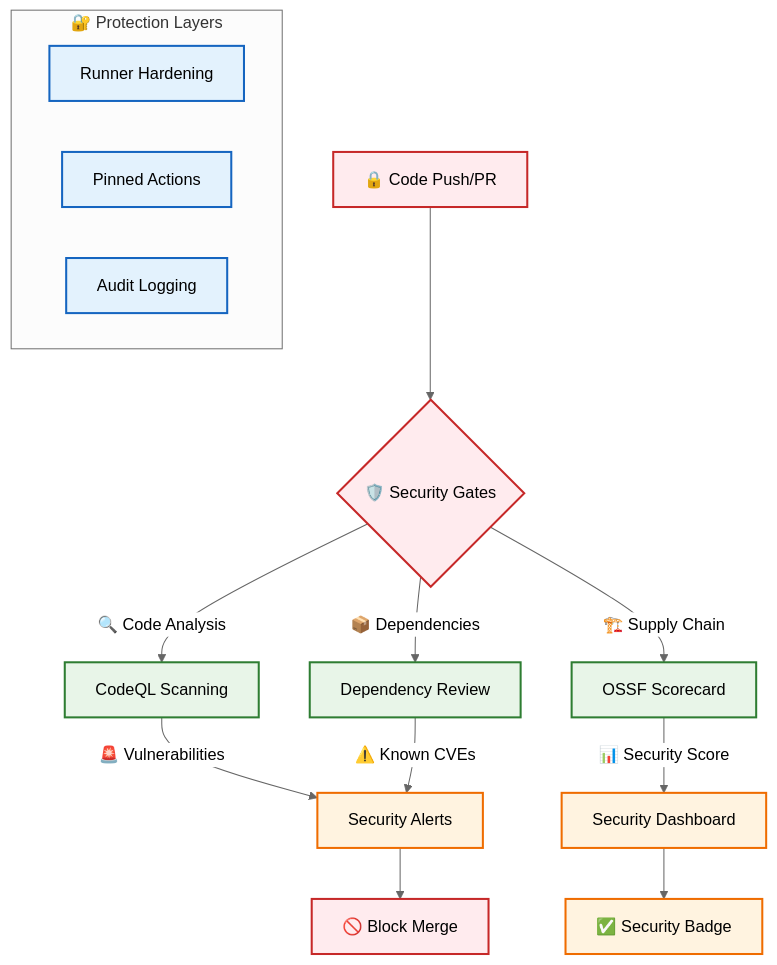
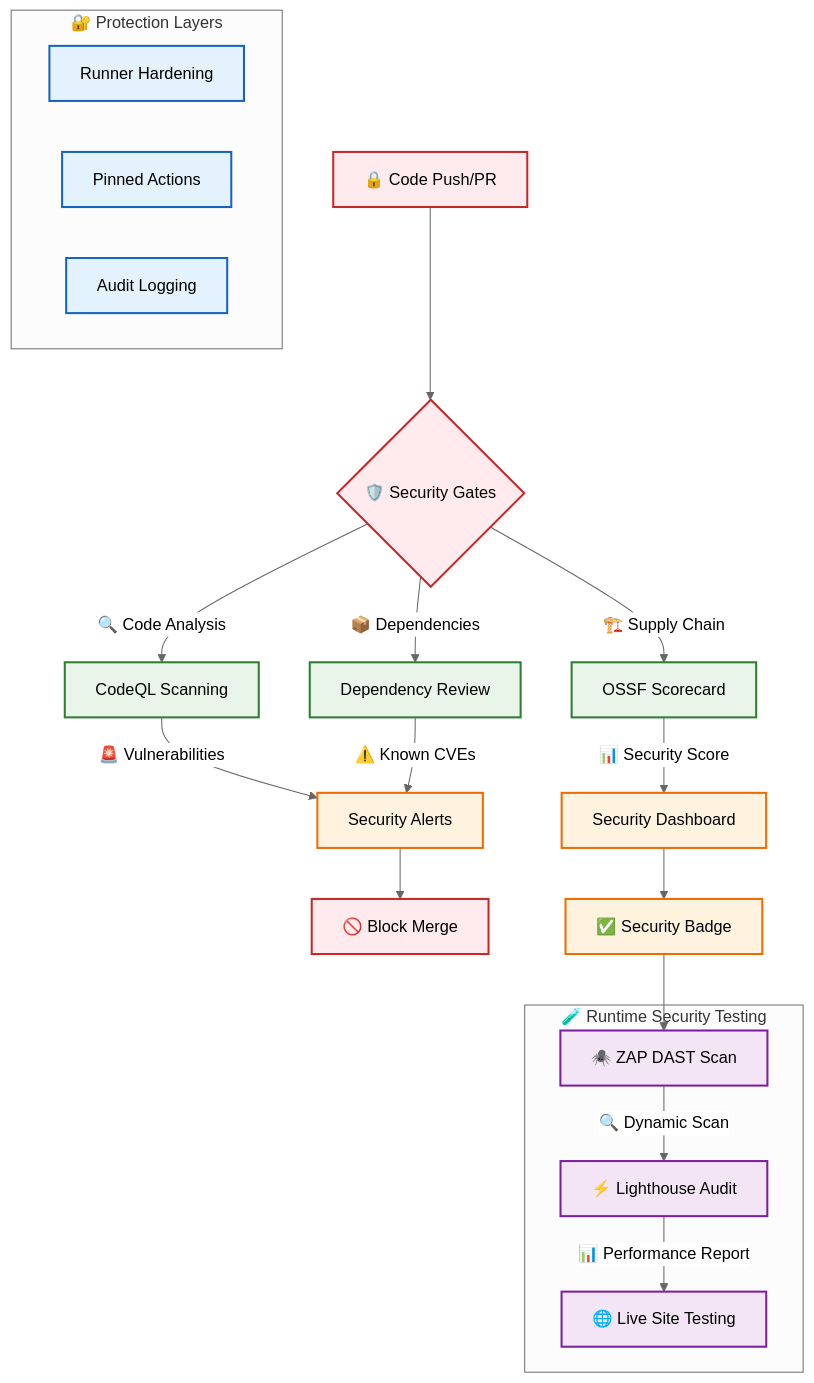
One commit to Hack23/game changed the second of 7 diagrams in README.md. Above: the diagram before and after it, drawn with Mermaid (neutral theme). The commit also changed other lines of this file and 3 other files, not shown here.

Commit message:
feat: add ZAP security scanning and Lighthouse performance testing workflows

````diff
--- a/README.md
+++ b/README.md
@@ -93,32 +95,44 @@
 ```mermaid
 graph TD
     A[🔒 Code Push/PR] --> B{🛡️ Security Gates}
 
     B --> |🔍 Code Analysis| C[CodeQL Scanning]
     B --> |📦 Dependencies| D[Dependency Review]
     B --> |🏗️ Supply Chain| E[OSSF Scorecard]
 
     C --> |🚨 Vulnerabilities| F[Security Alerts]
     D --> |⚠️ Known CVEs| F
     E --> |📊 Security Score| G[Security Dashboard]
 
     F --> H[🚫 Block Merge]
     G --> I[✅ Security Badge]
 
     subgraph "🔐 Protection Layers"
         J[Runner Hardening]
         K[Pinned Actions]
         L[Audit Logging]
     end
 
+    subgraph "🧪 Runtime Security Testing"
+        M[🕷️ ZAP DAST Scan]
+        N[⚡ Lighthouse Audit]
+        O[🌐 Live Site Testing]
+    end
+
+    I --> M
+    M --> |🔍 Dynamic Scan| N
+    N --> |📊 Performance Report| O
+
     %% Styling
     classDef security fill:#ffebee,stroke:#c62828,stroke-width:2px,color:#000
     classDef analysis fill:#e8f5e8,stroke:#2e7d32,stroke-width:2px,color:#000
     classDef protection fill:#e3f2fd,stroke:#1565c0,stroke-width:2px,color:#000
     classDef alert fill:#fff3e0,stroke:#ef6c00,stroke-width:2px,color:#000
+    classDef runtime fill:#f3e5f5,stroke:#7b1fa2,stroke-width:2px,color:#000
 
     class A,B,H security
     class C,D,E analysis
     class J,K,L protection
     class F,G,I alert
+    class M,N,O runtime
 ```
````
